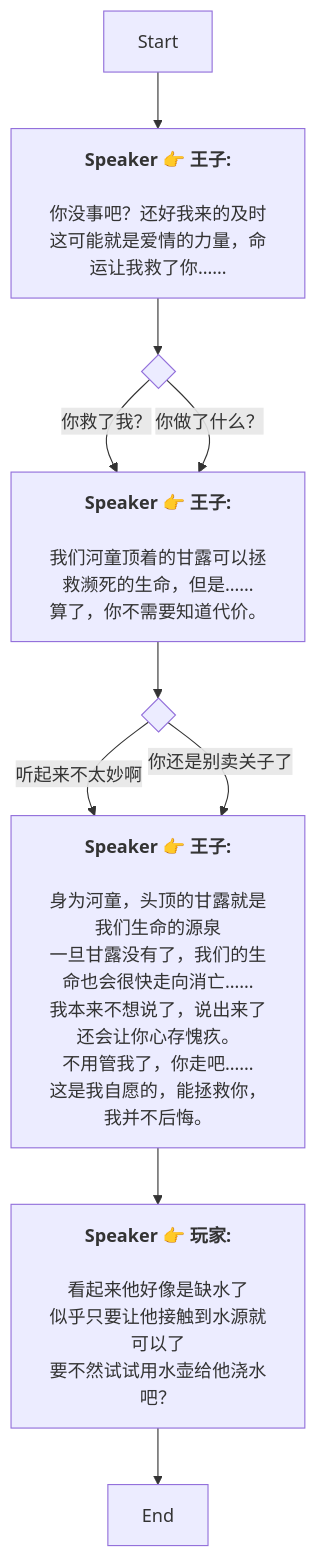
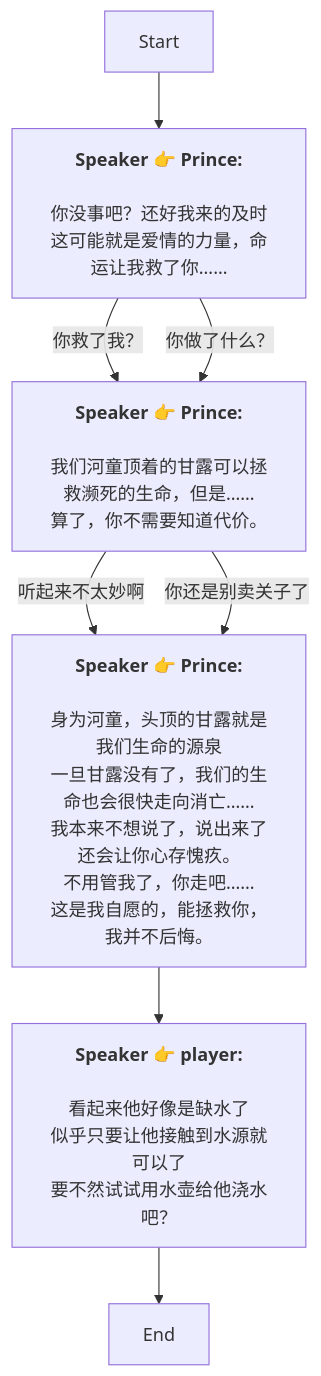
The diagram in Zh/QuestStartTalkENode_1756583672964625.md (SoftHu/tos_avg), drawn with Mermaid before and after one commit. The commit also changed 737 other files, not shown here.

````diff
--- a/Zh/QuestStartTalkENode_1756583672964625.md
+++ b/Zh/QuestStartTalkENode_1756583672964625.md
@@ -1,38 +1,28 @@
 ```mermaid
 graph
-Start -->1758079600629293[<b>Speaker 👉 王子:</b>
-
-你没事吧？还好我来的及时
+Start -->1758079600629293[<b>Speaker 👉 Prince:</b>
+\n你没事吧？还好我来的及时
 这可能就是爱情的力量，命运让我救了你……]
-1758079600629293 -->1758079633784367{ }
-1758079633784367 -->|你救了我？|1758079630013998[<b>Speaker 👉 王子:</b>
-
-我们河童顶着的甘露可以拯救濒死的生命，但是……
+1758079600629293 -->|你救了我？|1758079630013998[<b>Speaker 👉 Prince:</b>
+\n我们河童顶着的甘露可以拯救濒死的生命，但是……
 算了，你不需要知道代价。]
-1758079633784367 -->|你做了什么？|1758079630013998[<b>Speaker 👉 王子:</b>
-
-我们河童顶着的甘露可以拯救濒死的生命，但是……
+1758079600629293 -->|你做了什么？|1758079630013998[<b>Speaker 👉 Prince:</b>
+\n我们河童顶着的甘露可以拯救濒死的生命，但是……
 算了，你不需要知道代价。]
-1758079630013998 -->1758079854722613{ }
-1758079854722613 -->|听起来不太妙啊|1758080090447418[<b>Speaker 👉 王子:</b>
-
-身为河童，头顶的甘露就是我们生命的源泉
-一旦甘露没有了，我们的生命也会很快走向消亡……
-我本来不想说了，说出来了还会让你心存愧疚。
+1758079630013998 -->|听起来不太妙啊|1758080090447418[<b>Speaker 👉 Prince:</b>
+\n身为河童，头顶的甘露就是我们生命的源泉
+一旦甘露没有了，我们的生命也会很快走向消亡……\n我本来不想说了，说出来了还会让你心存愧疚。
 不用管我了，你走吧……
 这是我自愿的，能拯救你，我并不后悔。]
-1758079854722613 -->|你还是别卖关子了|1758080090447418[<b>Speaker 👉 王子:</b>
-
-身为河童，头顶的甘露就是我们生命的源泉
-一旦甘露没有了，我们的生命也会很快走向消亡……
-我本来不想说了，说出来了还会让你心存愧疚。
+1758079630013998 -->|你还是别卖关子了|1758080090447418[<b>Speaker 👉 Prince:</b>
+\n身为河童，头顶的甘露就是我们生命的源泉
+一旦甘露没有了，我们的生命也会很快走向消亡……\n我本来不想说了，说出来了还会让你心存愧疚。
 不用管我了，你走吧……
 这是我自愿的，能拯救你，我并不后悔。]
-1758080090447418 -->1758080284909115[<b>Speaker 👉 玩家:</b>
-
-看起来他好像是缺水了
+1758080090447418 -->1758080284909115[<b>Speaker 👉 player:</b>
+\n看起来他好像是缺水了
 似乎只要让他接触到水源就可以了
 要不然试试用水壶给他浇水吧？]
 1758080284909115 -->1758080325624380[End]
 
- ```
+```
````
